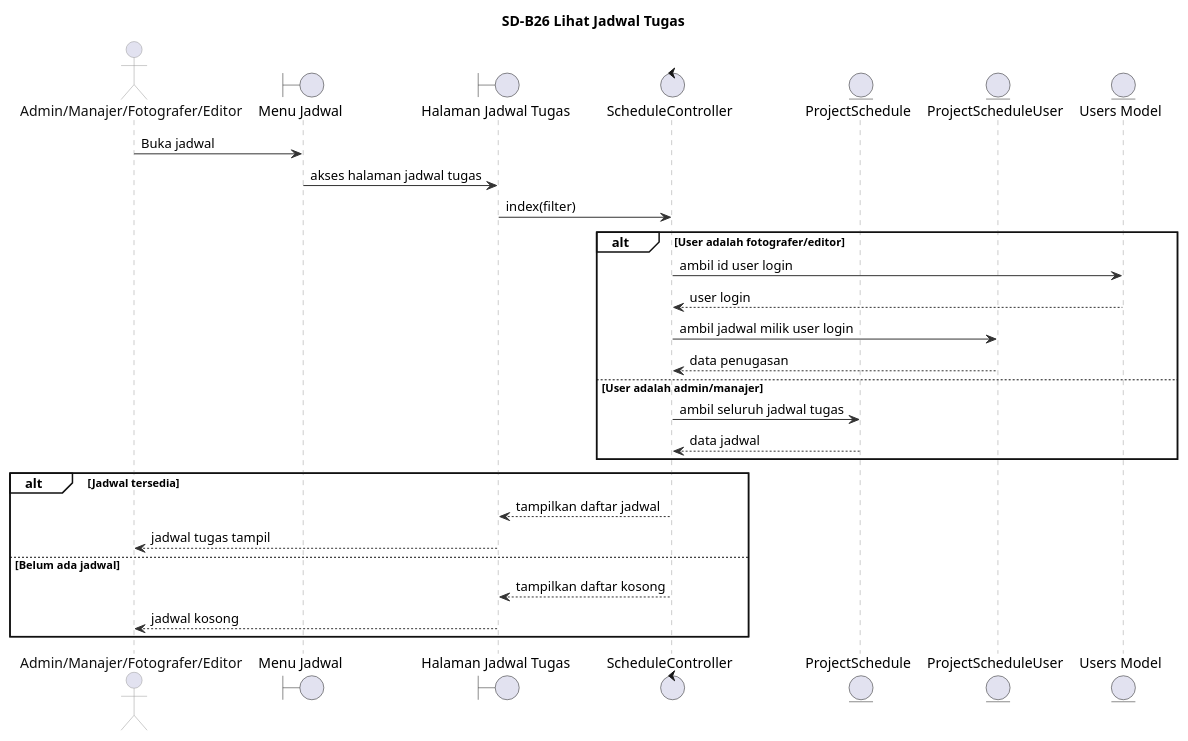
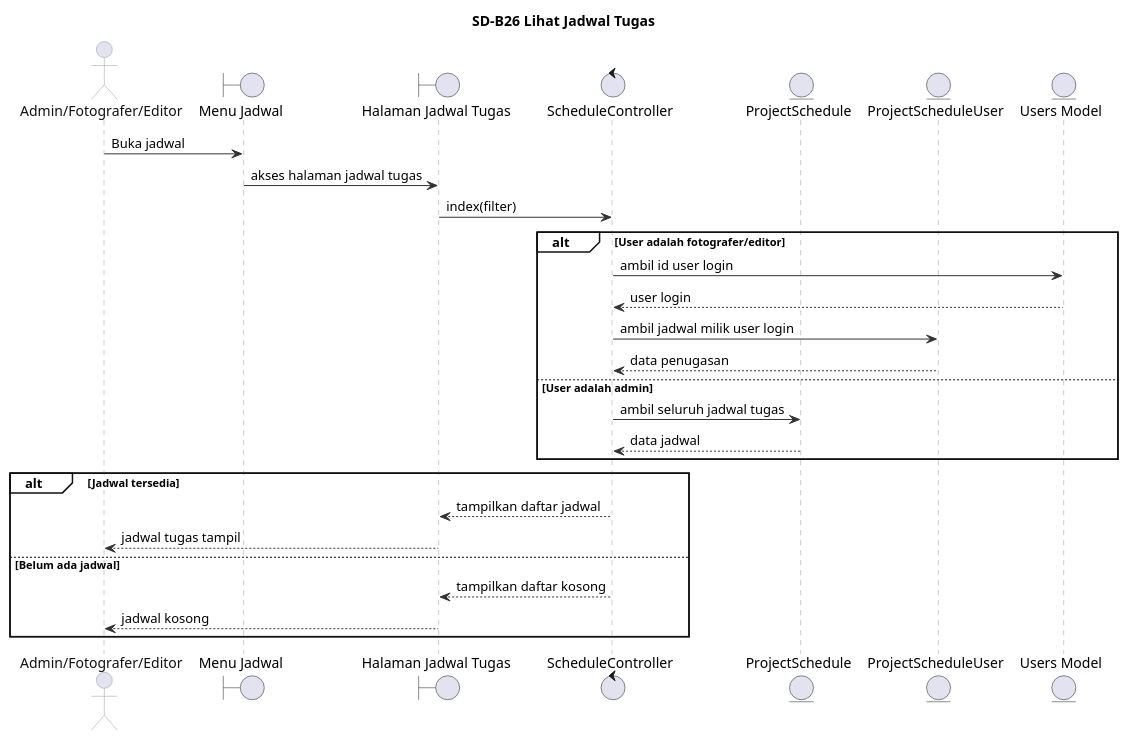
One commit to Fajrinputra/alterstudio-ta changed the diagram in diagrams/sequence/SD-B26.puml. Above: the diagram before and after it, drawn with PlantUML. The commit also changed 74 other files, not shown here.

```diff
--- a/diagrams/sequence/SD-B26.puml
+++ b/diagrams/sequence/SD-B26.puml
@@ -1,50 +1,50 @@
 @startuml
 title SD-B26 Lihat Jadwal Tugas
 
 skinparam backgroundColor white
 skinparam shadowing false
 skinparam BoxPadding 4
 skinparam sequence {
     ArrowColor #333333
     LifeLineBorderColor #999999
     LifeLineBackgroundColor white
     ParticipantBorderColor #999999
     ParticipantBackgroundColor #ECEEF8
     ParticipantFontColor #111111
     ActorBorderColor #999999
     ActorFontColor #111111
     GroupBorderColor #111111
     GroupBackgroundColor transparent
 }
 
-actor "Admin/Manajer/Fotografer/Editor" as Pengguna
+actor "Admin/Fotografer/Editor" as Pengguna
 boundary "Menu Jadwal" as MenuJadwal
 boundary "Halaman Jadwal Tugas" as HalamanTugas
 control "ScheduleController" as ScheduleController
 entity "ProjectSchedule" as ProjectSchedule
 entity "ProjectScheduleUser" as ScheduleUser
 entity "Users Model" as User
 
 Pengguna -> MenuJadwal : Buka jadwal
 MenuJadwal -> HalamanTugas : akses halaman jadwal tugas
 HalamanTugas -> ScheduleController : index(filter)
 
 alt User adalah fotografer/editor
     ScheduleController -> User : ambil id user login
     User --> ScheduleController : user login
     ScheduleController -> ScheduleUser : ambil jadwal milik user login
     ScheduleUser --> ScheduleController : data penugasan
-else User adalah admin/manajer
+else User adalah admin
     ScheduleController -> ProjectSchedule : ambil seluruh jadwal tugas
     ProjectSchedule --> ScheduleController : data jadwal
 end
 
 alt Jadwal tersedia
     ScheduleController --> HalamanTugas : tampilkan daftar jadwal
     HalamanTugas --> Pengguna : jadwal tugas tampil
 else Belum ada jadwal
     ScheduleController --> HalamanTugas : tampilkan daftar kosong
     HalamanTugas --> Pengguna : jadwal kosong
 end
 
 @enduml
```
